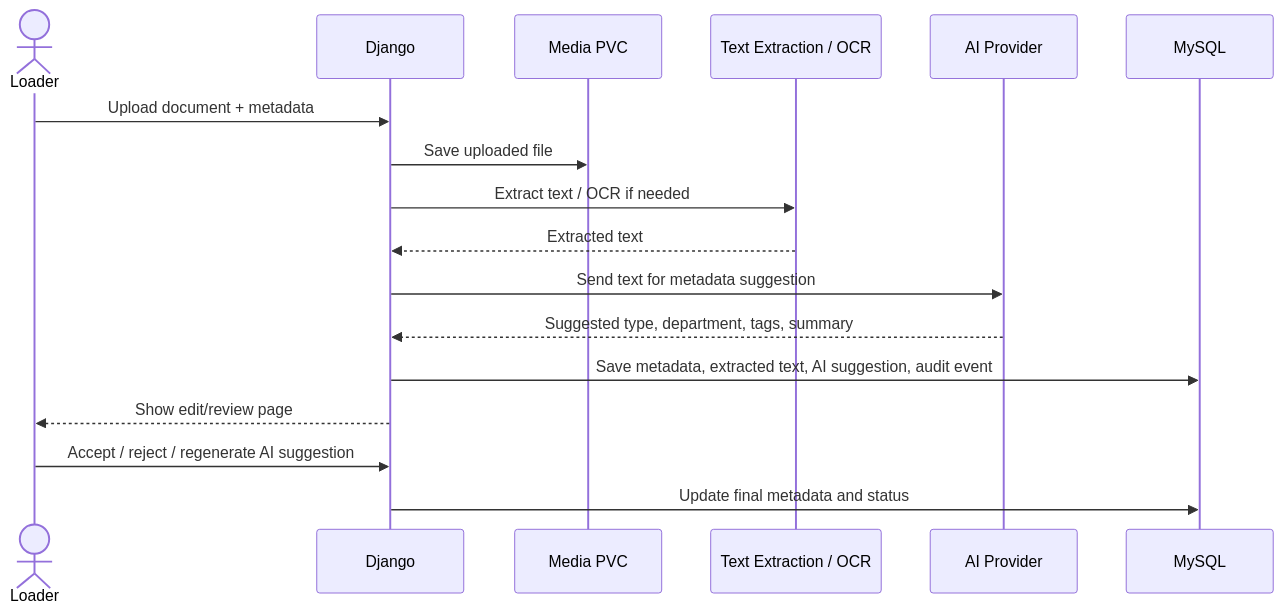
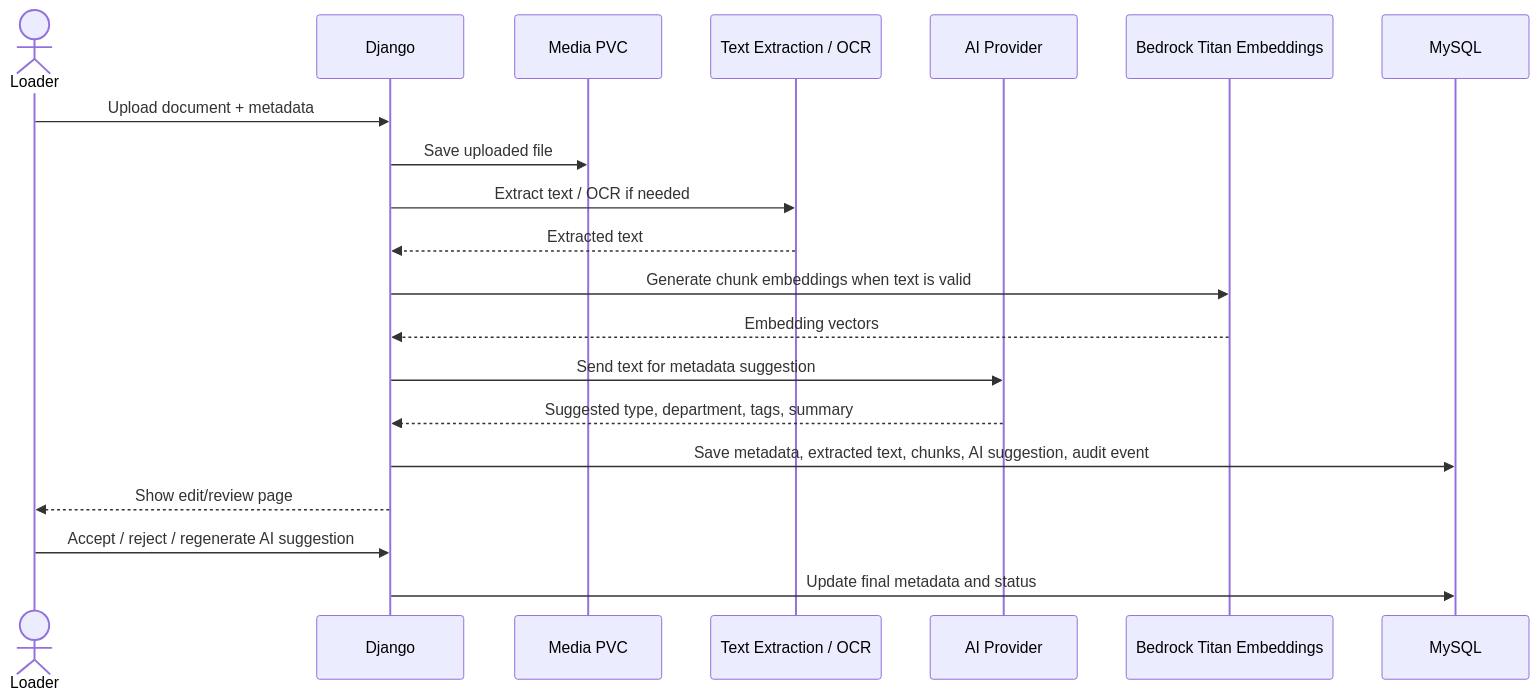
One commit to khaliqueaws-creator/document-management changed the first of 5 diagrams in docs/ai-workflow.md. Above: the diagram before and after it, drawn with Mermaid. The commit also changed other lines of this file and 95 other files, not shown here.

Commit message:
Add Bedrock embeddings and semantic search

````diff
--- a/docs/ai-workflow.md
+++ b/docs/ai-workflow.md
@@ -9,20 +9,23 @@
 ```mermaid
 sequenceDiagram
     actor Loader
     participant Django
     participant Media as Media PVC
     participant OCR as Text Extraction / OCR
     participant AI as AI Provider
+    participant Embeddings as Bedrock Titan Embeddings
     participant DB as MySQL
 
     Loader->>Django: Upload document + metadata
     Django->>Media: Save uploaded file
     Django->>OCR: Extract text / OCR if needed
     OCR-->>Django: Extracted text
+    Django->>Embeddings: Generate chunk embeddings when text is valid
+    Embeddings-->>Django: Embedding vectors
     Django->>AI: Send text for metadata suggestion
     AI-->>Django: Suggested type, department, tags, summary
-    Django->>DB: Save metadata, extracted text, AI suggestion, audit event
+    Django->>DB: Save metadata, extracted text, chunks, AI suggestion, audit event
     Django-->>Loader: Show edit/review page
     Loader->>Django: Accept / reject / regenerate AI suggestion
     Django->>DB: Update final metadata and status
 ```
````
